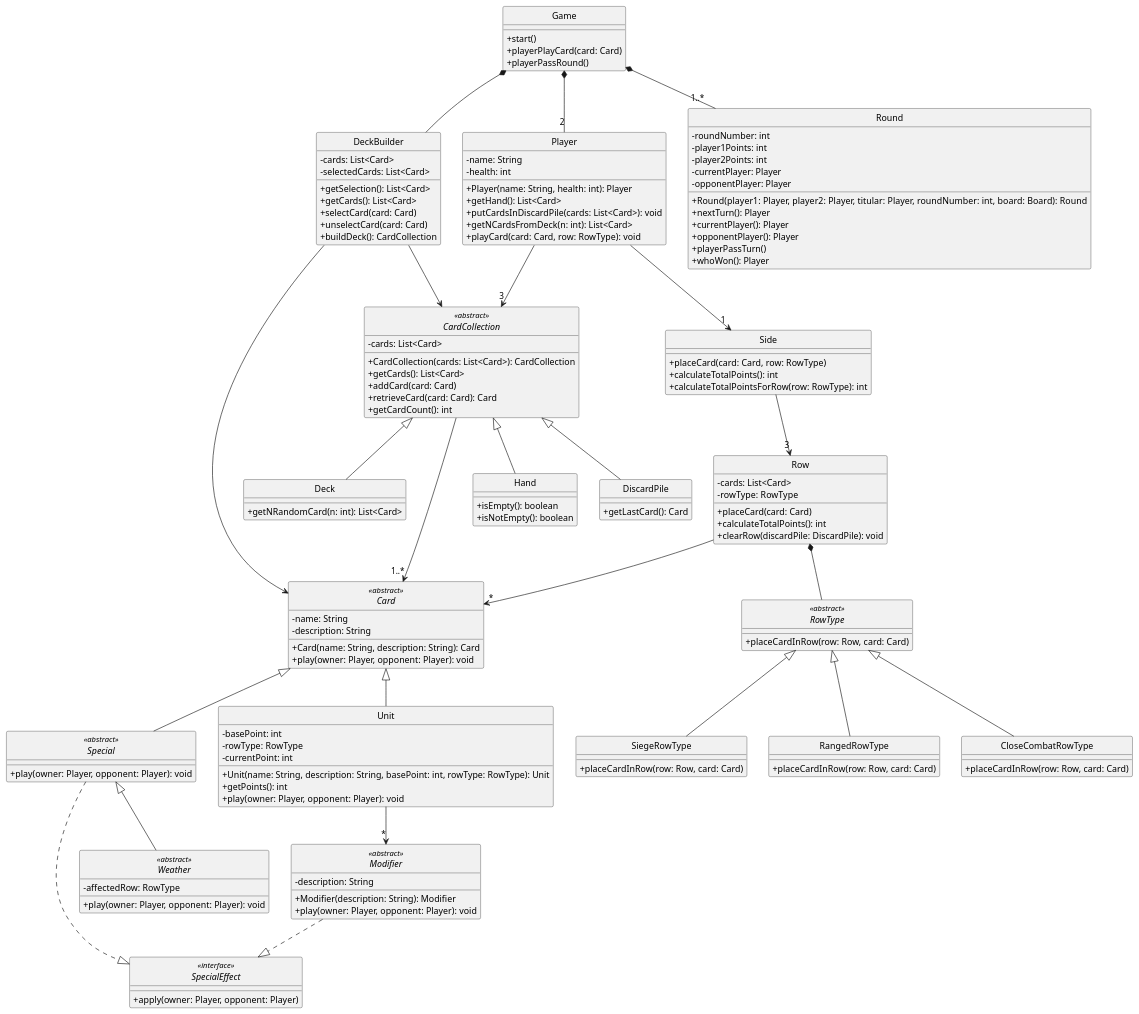
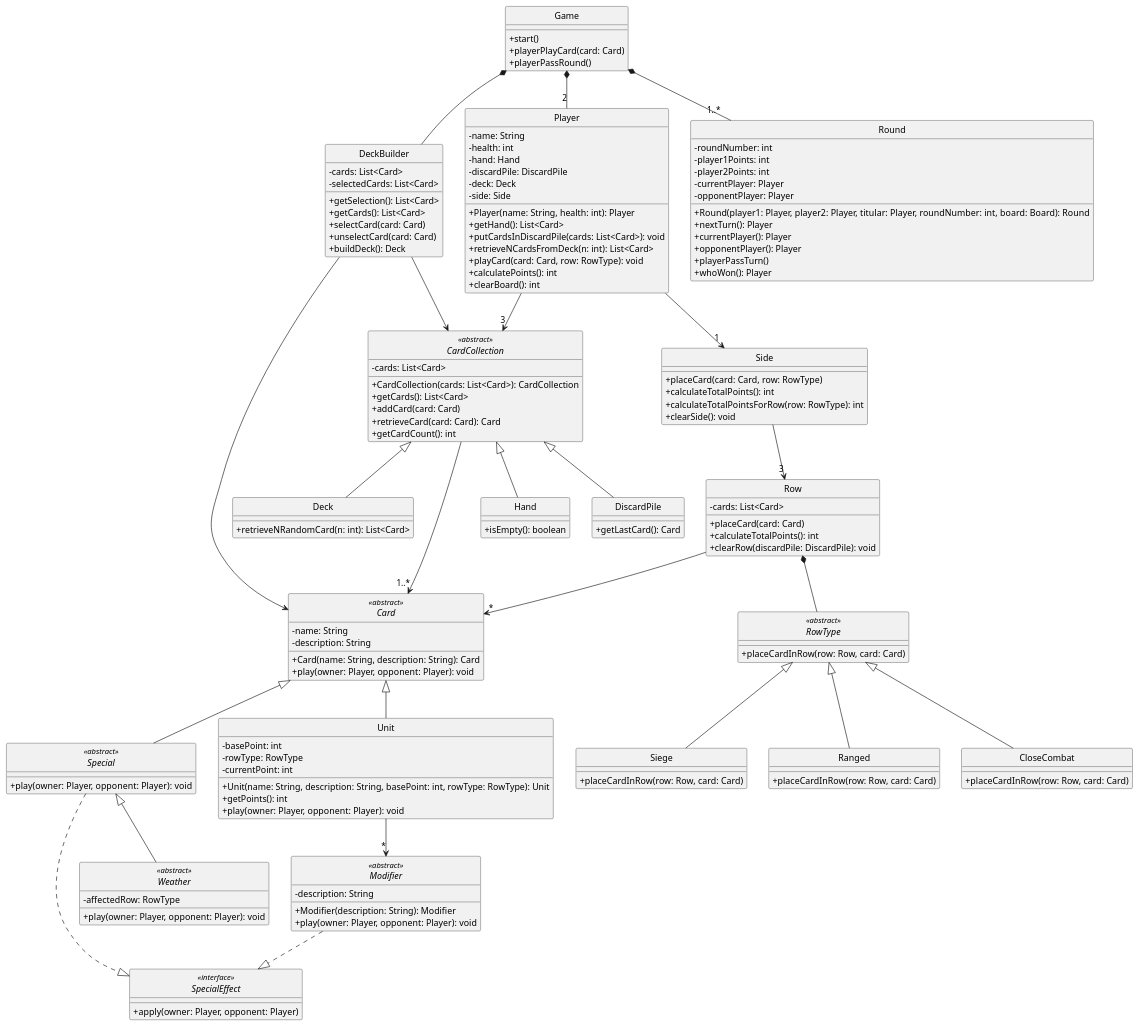
Before and after one commit to Yonhir/algo3_proyecto_base_tp2: the diagram in diagrams/classes/boceto.plantuml, drawn with PlantUML. The commit also changed 4 other files, not shown here.

```diff
--- a/diagrams/classes/boceto.plantuml
+++ b/diagrams/classes/boceto.plantuml
@@ -1,171 +1,176 @@
 @startuml
 
 skinparam monochrome true
 hide circle
 skinparam classAttributeIconSize 0
 
 ' =====================
 ' GAME
 ' =====================
 class Game {
   +start()
   +playerPlayCard(card: Card)
   +playerPassRound()
 }
 
 class DeckBuilder {
   -cards: List<Card>
   -selectedCards: List<Card>
   +getSelection(): List<Card>
   +getCards(): List<Card>
   +selectCard(card: Card)
   +unselectCard(card: Card)
-  +buildDeck(): CardCollection
+  +buildDeck(): Deck
 }
 
 abstract class CardCollection <<abstract>> {
   -cards: List<Card>
   +CardCollection(cards: List<Card>): CardCollection
   +getCards(): List<Card>
   +addCard(card: Card)
   +retrieveCard(card: Card): Card
   +getCardCount(): int
 }
 
 class Hand {
   +isEmpty(): boolean
-  +isNotEmpty(): boolean
 }
 
 class DiscardPile {
   +getLastCard(): Card
 }
 
 class Deck {
-  +getNRandomCard(n: int): List<Card>
+  +retrieveNRandomCard(n: int): List<Card>
 }
 
 class Player {
   -name: String
   -health: int
+  -hand: Hand
+  -discardPile: DiscardPile
+  -deck: Deck
+  -side: Side
   +Player(name: String, health: int): Player
   +getHand(): List<Card>
   +putCardsInDiscardPile(cards: List<Card>): void
-  +getNCardsFromDeck(n: int): List<Card>
+  +retrieveNCardsFromDeck(n: int): List<Card>
   +playCard(card: Card, row: RowType): void
+  +calculatePoints(): int
+  +clearBoard(): int
 }
 
 class Round {
   -roundNumber: int
   -player1Points: int
   -player2Points: int
   -currentPlayer: Player
   -opponentPlayer: Player
   +Round(player1: Player, player2: Player, titular: Player, roundNumber: int, board: Board): Round
   +nextTurn(): Player
   +currentPlayer(): Player
   +opponentPlayer(): Player
   +playerPassTurn()
   +whoWon(): Player
 }
 
 class Side {
   +placeCard(card: Card, row: RowType)
   +calculateTotalPoints(): int
   +calculateTotalPointsForRow(row: RowType): int
+  +clearSide(): void
 }
 
 abstract class RowType <<abstract>> {
   +placeCardInRow(row: Row, card: Card)
 }
 
-class RangedRowType extends RowType {
+class Ranged extends RowType {
   +placeCardInRow(row: Row, card: Card)
 }
 
-class CloseCombatRowType extends RowType {
+class CloseCombat extends RowType {
   +placeCardInRow(row: Row, card: Card)
 }
 
-class SiegeRowType extends RowType {
+class Siege extends RowType {
   +placeCardInRow(row: Row, card: Card)
 }
 
 class Row {
   -cards: List<Card>
-  -rowType: RowType
   +placeCard(card: Card)
   +calculateTotalPoints(): int
   +clearRow(discardPile: DiscardPile): void
 }
 
 ' =====================
 ' CARD
 ' =====================
 interface SpecialEffect <<interface>> {
   +apply(owner: Player, opponent: Player)
 }
 
 abstract class Card <<abstract>> {
   -name: String
   -description: String
   +Card(name: String, description: String): Card
   +play(owner: Player, opponent: Player): void
 }
 
 class Unit {
   -basePoint: int
   -rowType: RowType
   -currentPoint: int
   +Unit(name: String, description: String, basePoint: int, rowType: RowType): Unit
   +getPoints(): int
   +play(owner: Player, opponent: Player): void
 }
 
 abstract class Special <<abstract>> {
   +play(owner: Player, opponent: Player): void
 }
 
 abstract class Weather <<abstract>> {
   -affectedRow: RowType
   +play(owner: Player, opponent: Player): void
 }
 
 abstract class Modifier <<abstract>> {
   -description: String
   +Modifier(description: String): Modifier
   +play(owner: Player, opponent: Player): void
 }
 
 ' =====================
 ' RELATIONSHIPS
 ' =====================
 
 Game *-- "1..*" Round
 Game *-- "2" Player
 Game *-- DeckBuilder
 
 DeckBuilder --> Card
 DeckBuilder --> CardCollection
 
 CardCollection --> "1..*" Card
 CardCollection <|-- Hand
 CardCollection <|-- DiscardPile
 CardCollection <|-- Deck
 
 Player --> "3" CardCollection
 Player --> "1" Side
 
 Side --> "3" Row
 Row *-- RowType
 Row --> "*" Card
 
 Card <|-- Unit
 Card <|-- Special
 Special <|-- Weather
 
 Unit --> "*" Modifier
 Modifier ..|> SpecialEffect
 Special ..|> SpecialEffect
 
 @enduml
```
